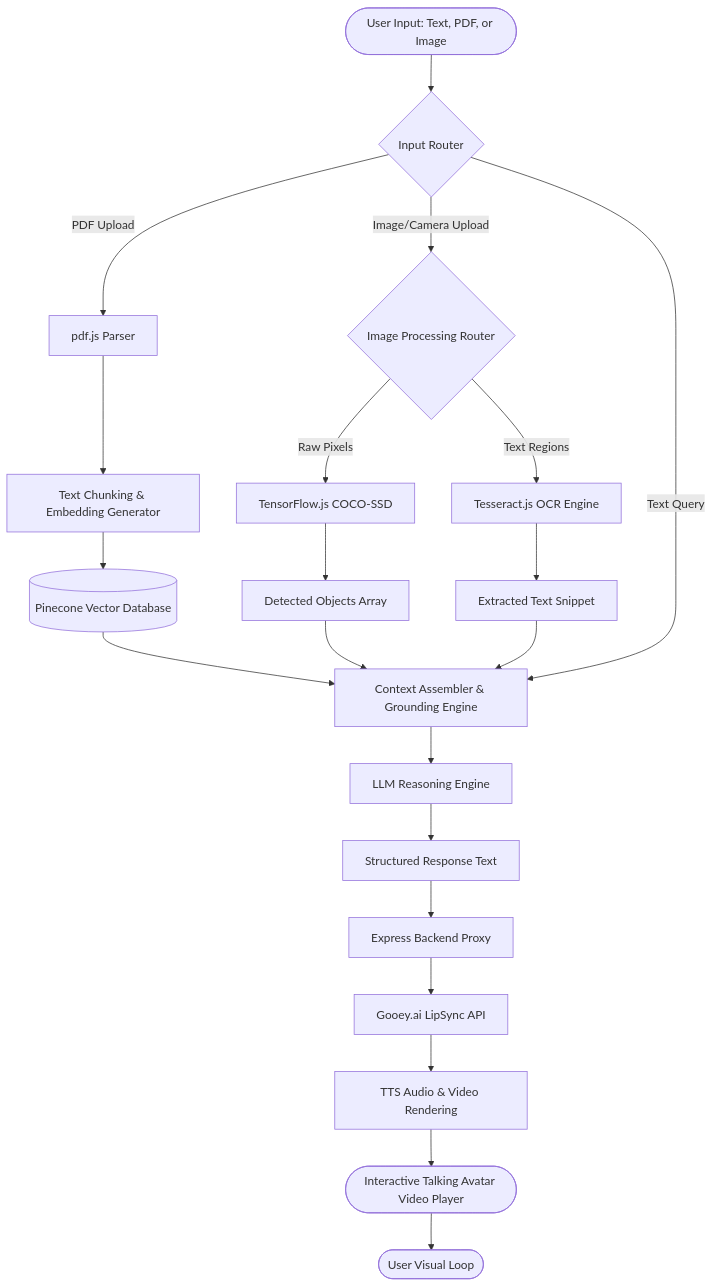
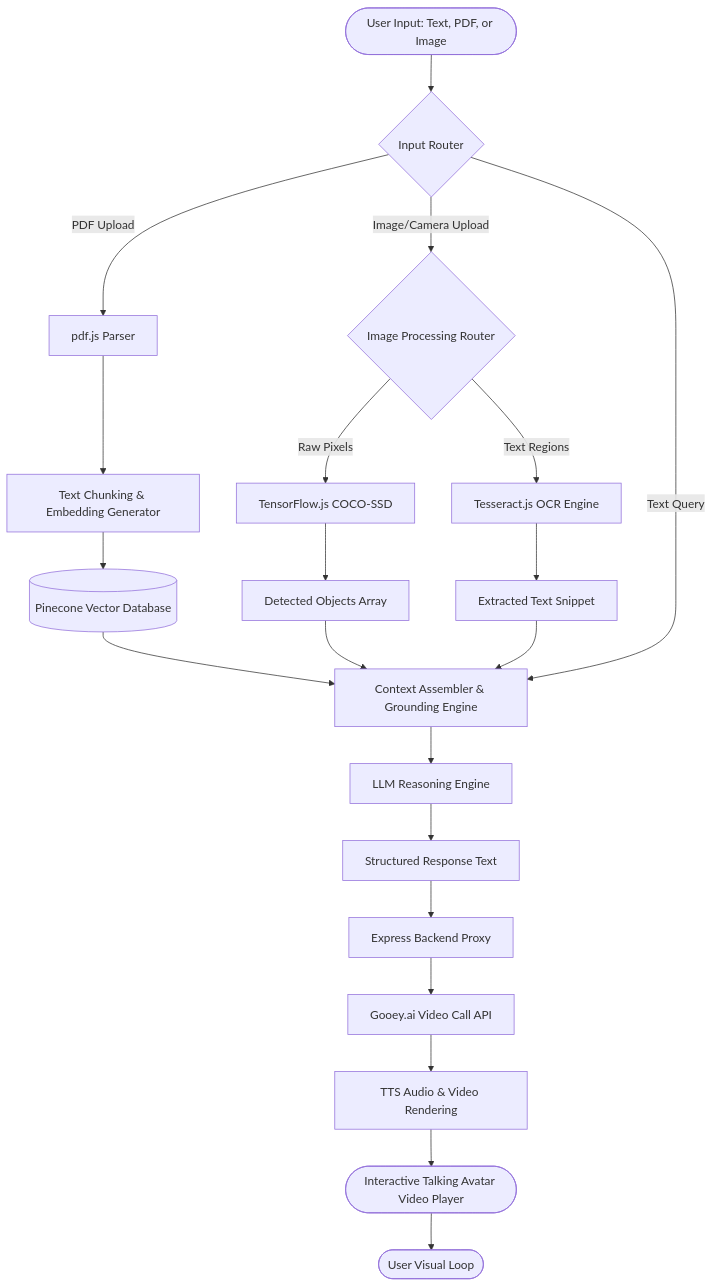
The first of 2 diagrams in README.md (viv2005ek/ThreadAi-RealTimeAiVideoCall), drawn with Mermaid before and after one commit. The commit also changed other lines of this file and 1 other file, not shown here.

Commit message:
added arhitecutre diagram and future scope in readme

````diff
--- a/README.md
+++ b/README.md
@@ -108,33 +108,33 @@
 ```mermaid
 graph TD
     A([User Input: Text, PDF, or Image]) --> B{Input Router}
     
     %% Document Route
     B -- PDF Upload --> C[pdf.js Parser]
     C --> D[Text Chunking & Embedding Generator]
     D --> E[(Pinecone Vector Database)]
     
     %% Image Route
     B -- Image/Camera Upload --> F{Image Processing Router}
     F -- Raw Pixels --> G[TensorFlow.js COCO-SSD]
     F -- Text Regions --> H[Tesseract.js OCR Engine]
     G --> I[Detected Objects Array]
     H --> J[Extracted Text Snippet]
     
     %% Context Assembly
     E --> K[Context Assembler & Grounding Engine]
     I --> K
     J --> K
     B -- Text Query --> K
     
     %% Generation
     K --> L[LLM Reasoning Engine]
     L --> M[Structured Response Text]
     
     %% Avatar Synthesis
     M --> N[Express Backend Proxy]
-    N --> O[Gooey.ai LipSync API]
+    N --> O[Gooey.ai Video Call API]
     O --> P[TTS Audio & Video Rendering]
     P --> Q([Interactive Talking Avatar Video Player])
     Q --> User([User Visual Loop])
 ```
````
